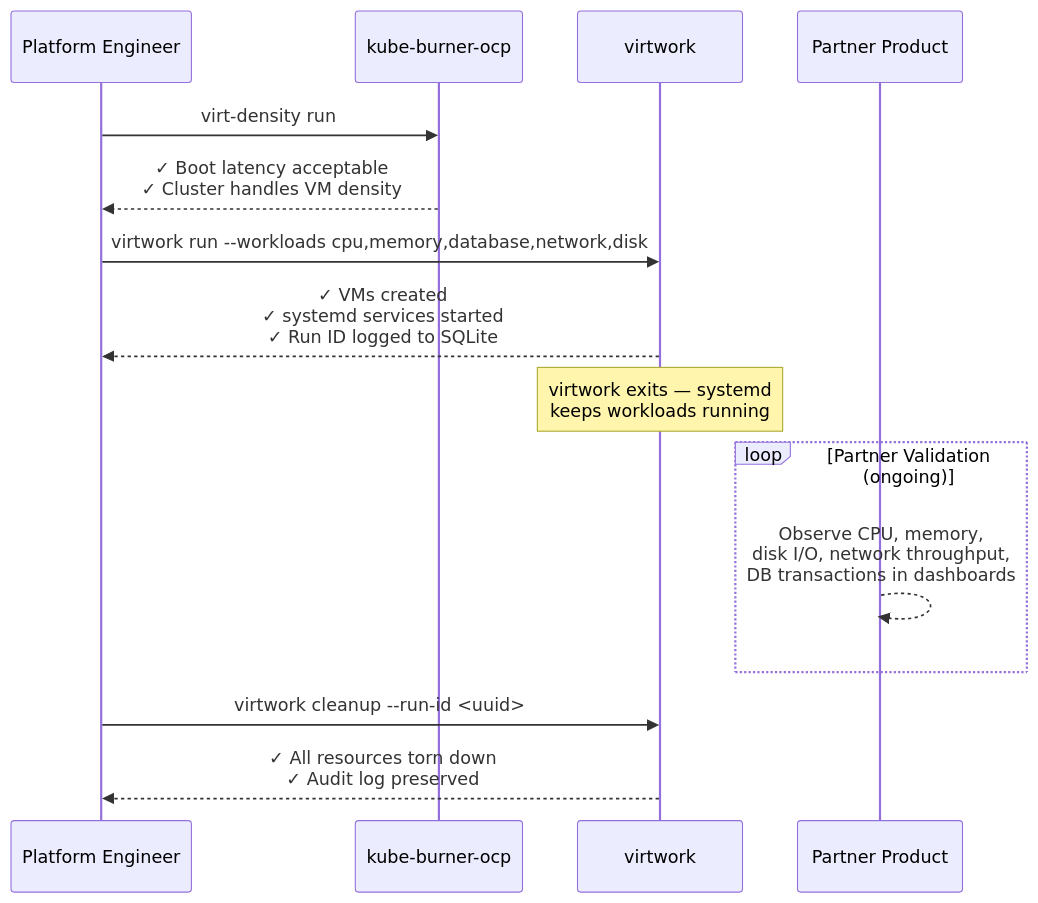
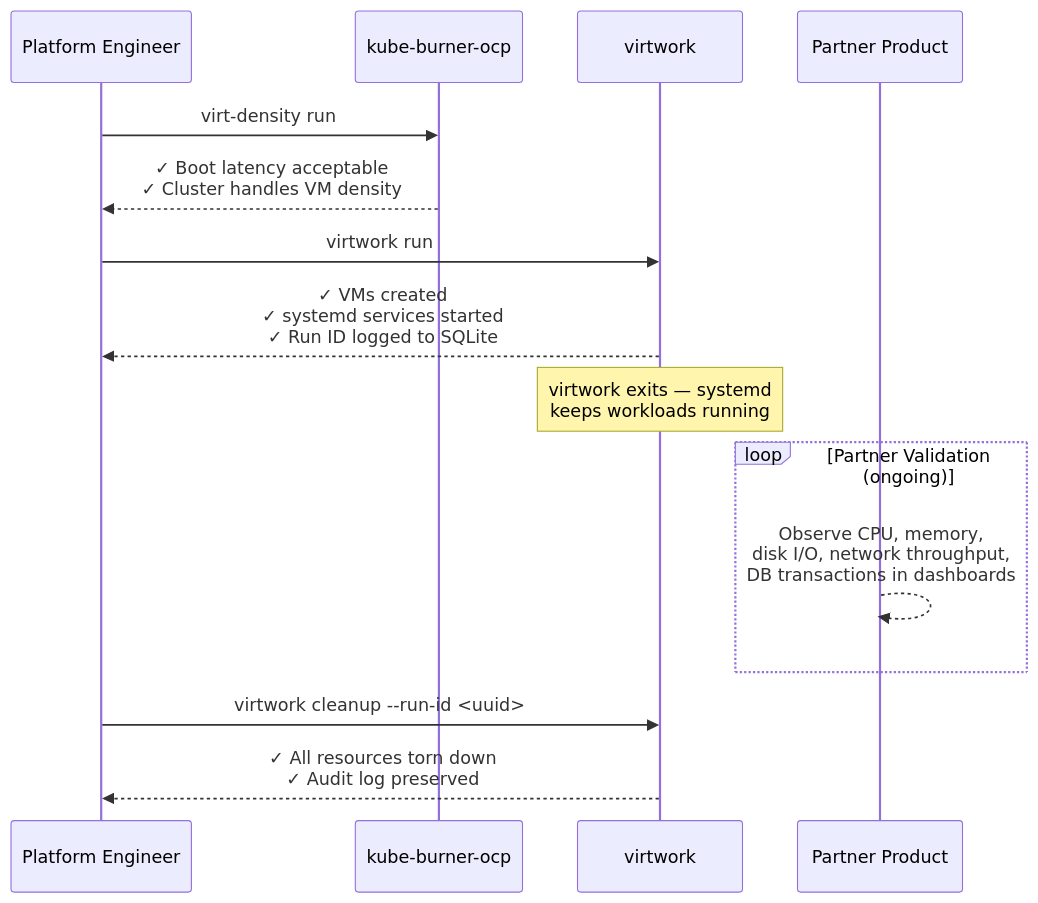
The third of 3 diagrams in docs/virtwork-vs-kube-burner.md (opdev/virtwork), drawn with Mermaid before and after one commit. The commit also changed other lines of this file, not shown here.

First line of the commit message:
docs: update sequence diagram and YAML example with full workload set

````diff
--- a/docs/virtwork-vs-kube-burner.md
+++ b/docs/virtwork-vs-kube-burner.md
@@ -238,21 +238,21 @@
 ```mermaid
 sequenceDiagram
     participant Eng as Platform Engineer
     participant KB as kube-burner-ocp
     participant VW as virtwork
     participant Partner as Partner Product
 
     Eng->>KB: virt-density run
     KB-->>Eng: ✓ Boot latency acceptable<br/>✓ Cluster handles VM density
 
-    Eng->>VW: virtwork run --workloads cpu,memory,database,network,disk
+    Eng->>VW: virtwork run
     VW-->>Eng: ✓ VMs created<br/>✓ systemd services started<br/>✓ Run ID logged to SQLite
     Note over VW: virtwork exits — systemd<br/>keeps workloads running
 
     loop Partner Validation (ongoing)
         Partner-->>Partner: Observe CPU, memory,<br/>disk I/O, network throughput,<br/>DB transactions in dashboards
     end
 
     Eng->>VW: virtwork cleanup --run-id <uuid> 
     VW-->>Eng: ✓ All resources torn down<br/>✓ Audit log preserved
 ```
````
